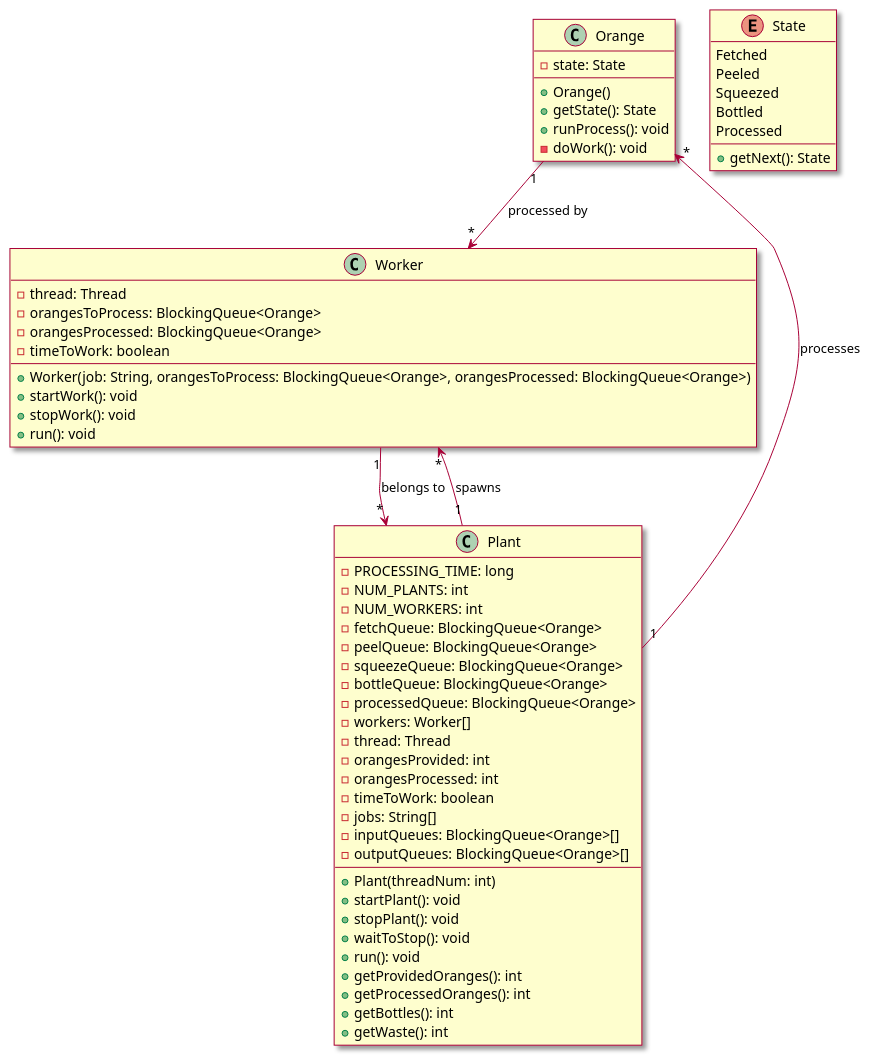
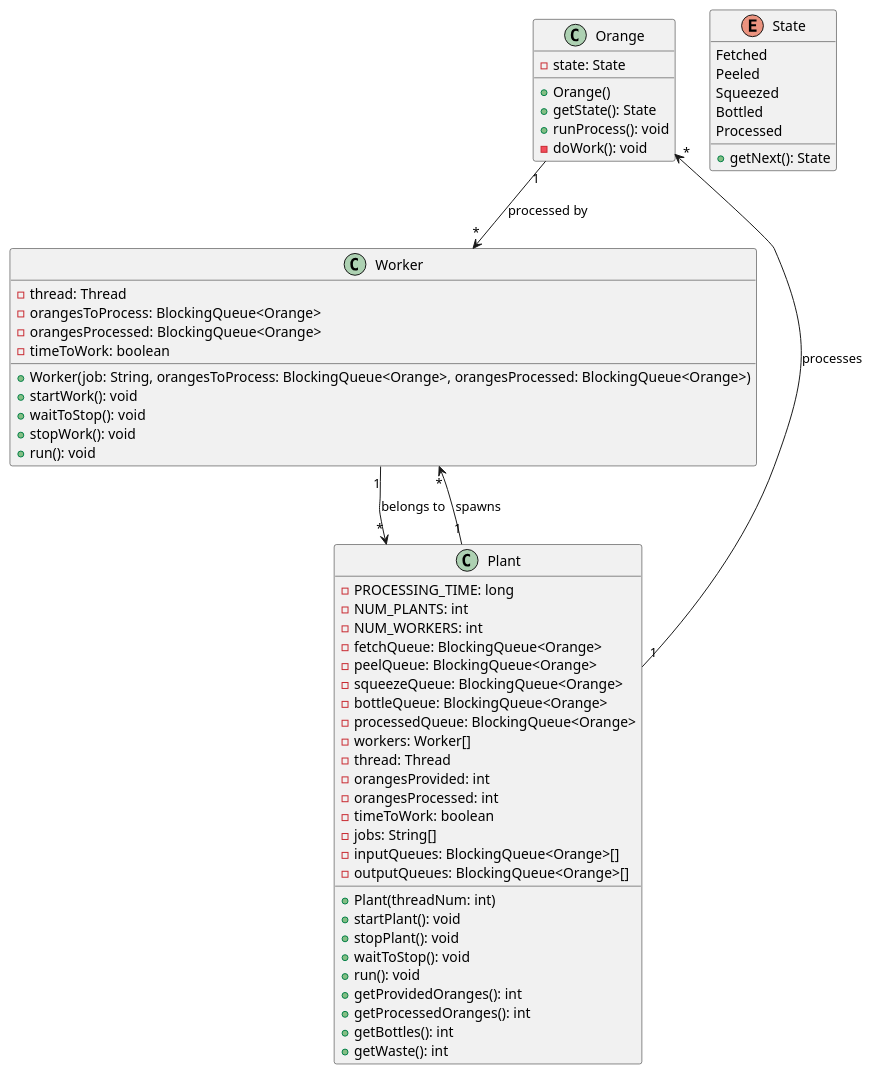
Before and after one commit to codegard4/JuiceBottler: the diagram in UMLDiagram.puml, drawn with PlantUML. The commit also changed 1 other file, not shown here.

Commit message:
Updated UML

```diff
--- a/UMLDiagram.puml
+++ b/UMLDiagram.puml
@@ -1,64 +1,66 @@
 @startuml
 
-skin rose
+skinparam classAttributeIconSize 10
+
 class Orange {
     - state: State
     + Orange()
     + getState(): State
     + runProcess(): void
     - doWork(): void
 }
 
 enum State {
     Fetched
     Peeled
     Squeezed
     Bottled
     Processed
     + getNext(): State
 }
 
 class Worker {
     - thread: Thread
     - orangesToProcess: BlockingQueue<Orange>
     - orangesProcessed: BlockingQueue<Orange>
     - timeToWork: boolean
     + Worker(job: String, orangesToProcess: BlockingQueue<Orange>, orangesProcessed: BlockingQueue<Orange>)
     + startWork(): void
+    + waitToStop(): void
     + stopWork(): void
     + run(): void
 }
 
 class Plant {
     - PROCESSING_TIME: long
     - NUM_PLANTS: int
     - NUM_WORKERS: int
     - fetchQueue: BlockingQueue<Orange>
     - peelQueue: BlockingQueue<Orange>
     - squeezeQueue: BlockingQueue<Orange>
     - bottleQueue: BlockingQueue<Orange>
     - processedQueue: BlockingQueue<Orange>
     - workers: Worker[]
     - thread: Thread
     - orangesProvided: int
     - orangesProcessed: int
     - timeToWork: boolean
     - jobs: String[]
     - inputQueues: BlockingQueue<Orange>[]
     - outputQueues: BlockingQueue<Orange>[]
     + Plant(threadNum: int)
     + startPlant(): void
     + stopPlant(): void
     + waitToStop(): void
     + run(): void
     + getProvidedOranges(): int
     + getProcessedOranges(): int
     + getBottles(): int
     + getWaste(): int
 }
 Orange "1" --> "*" Worker : processed by
 Worker "1" --> "*" Plant : belongs to
 Plant "1" --> "*" Worker : spawns
 Plant "1" --> "*" Orange : processes
 
 @enduml
```
